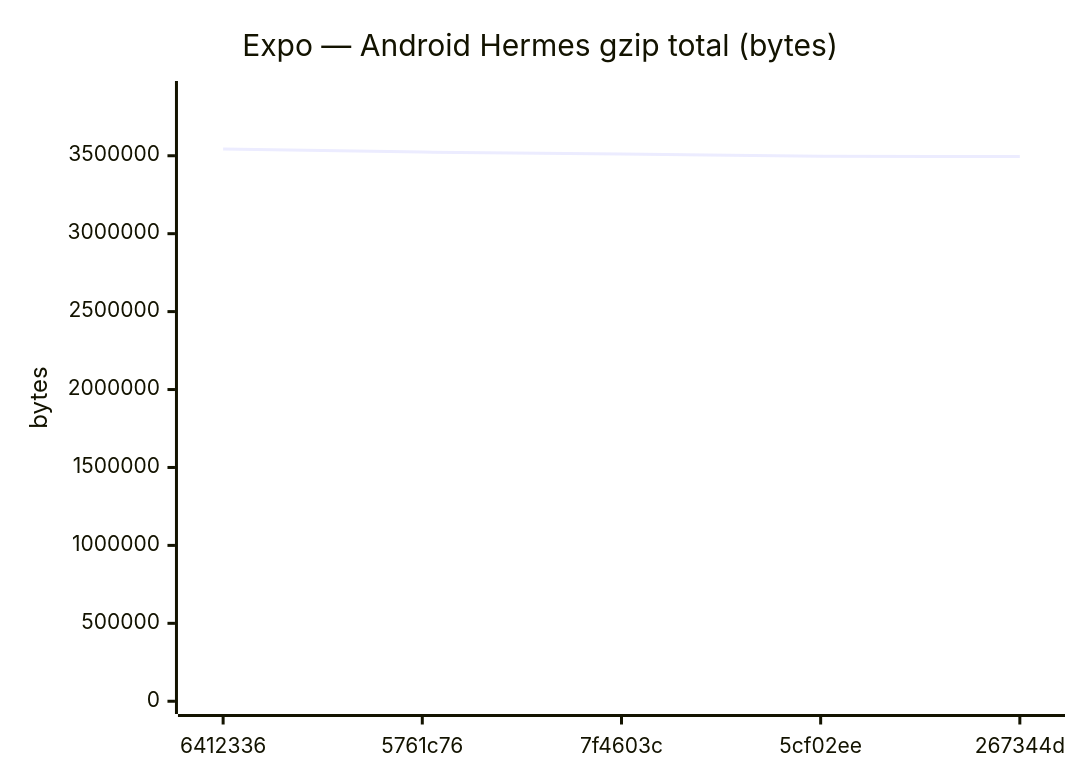
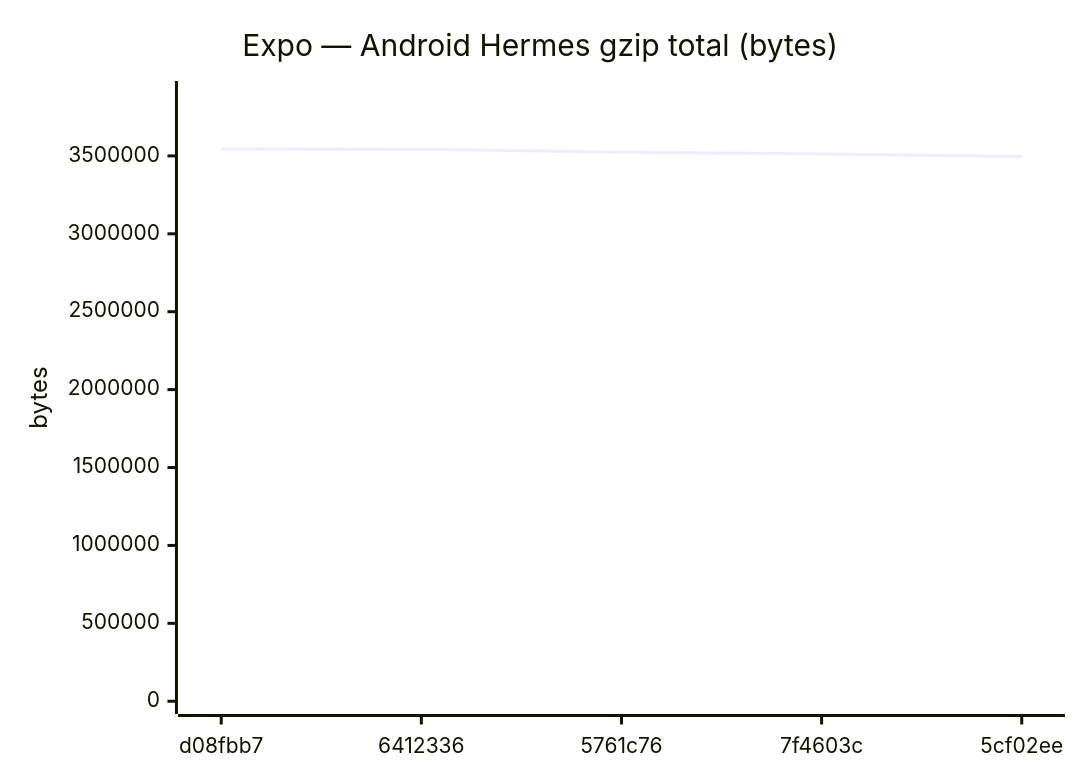
One commit to Metaheurist/Rianell changed diagram 11 of 18 in benchmarks/compare.md. Above: the diagram before and after it, drawn with Mermaid. The commit also changed other lines of this file and 11 other files, not shown here.

````diff
--- a/benchmarks/compare.md
+++ b/benchmarks/compare.md
@@ -172,7 +172,7 @@
 ```mermaid
 xychart-beta
     title "Expo — Android Hermes gzip total (bytes)"
-    x-axis ["6412336", "5761c76", "7f4603c", "5cf02ee", "267344d"]
-    y-axis "bytes" 0 --> 3897820
-    line [3543472, 3523541, 3511474, 3496393, 3494445]
+    x-axis ["d08fbb7", "6412336", "5761c76", "7f4603c", "5cf02ee"]
+    y-axis "bytes" 0 --> 3898910
+    line [3544463, 3543472, 3523541, 3511474, 3496393]
 ```
````
